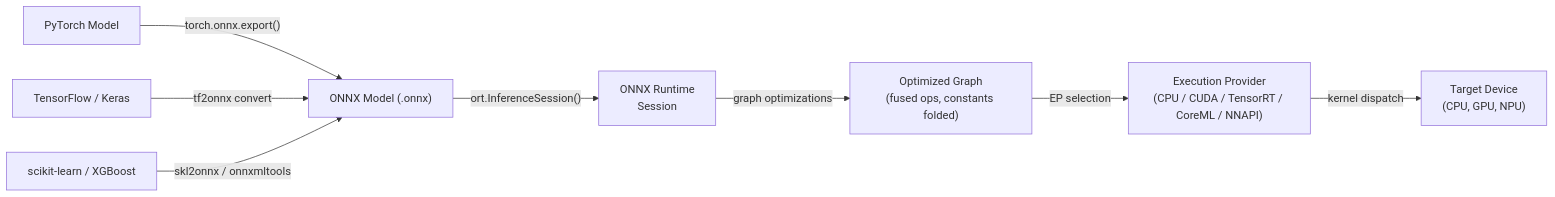
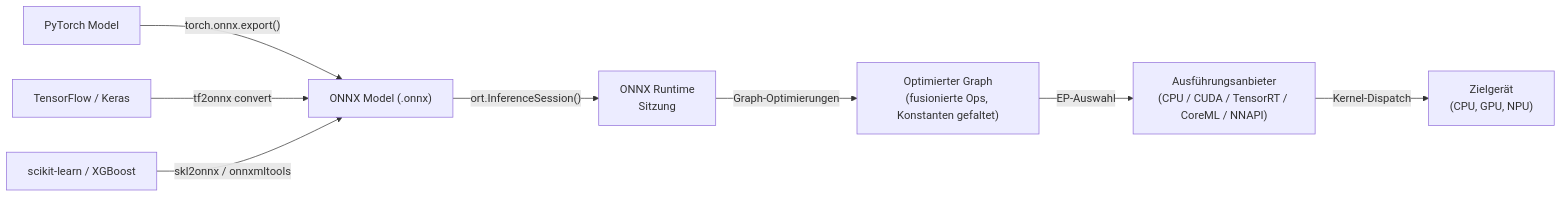
Before and after one commit to EmersonBraun/ai-summary-hub: the diagram in i18n/de/docusaurus-plugin-content-docs/current/edge-ai/onnx.md, drawn with Mermaid. The commit also changed other lines of this file and 178 other files, not shown here.

````diff
--- a/i18n/de/docusaurus-plugin-content-docs/current/edge-ai/onnx.md
+++ b/i18n/de/docusaurus-plugin-content-docs/current/edge-ai/onnx.md
@@ -19,10 +21,10 @@
 ```mermaid
 flowchart LR
   PyTorch["PyTorch Model"] -->|"torch.onnx.export()"| ONNX["ONNX Model (.onnx)"]
   TF["TensorFlow / Keras"] -->|"tf2onnx convert"| ONNX
   SKLearn["scikit-learn / XGBoost"] -->|"skl2onnx / onnxmltools"| ONNX
-  ONNX -->|"ort.InferenceSession()"| ORT["ONNX Runtime\nSession"]
-  ORT -->|"graph optimizations"| GraphOpt["Optimized Graph\n(fused ops, constants folded)"]
-  GraphOpt -->|"EP selection"| EP["Execution Provider\n(CPU / CUDA / TensorRT / CoreML / NNAPI)"]
-  EP -->|"kernel dispatch"| Device["Target Device\n(CPU, GPU, NPU)"]
+  ONNX -->|"ort.InferenceSession()"| ORT["ONNX Runtime\nSitzung"]
+  ORT -->|"Graph-Optimierungen"| GraphOpt["Optimierter Graph\n(fusionierte Ops, Konstanten gefaltet)"]
+  GraphOpt -->|"EP-Auswahl"| EP["Ausführungsanbieter\n(CPU / CUDA / TensorRT / CoreML / NNAPI)"]
+  EP -->|"Kernel-Dispatch"| Device["Zielgerät\n(CPU, GPU, NPU)"]
 ```
````
